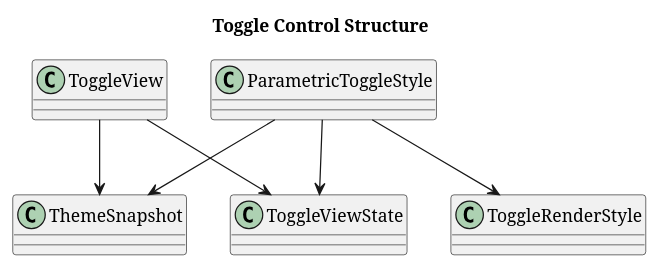
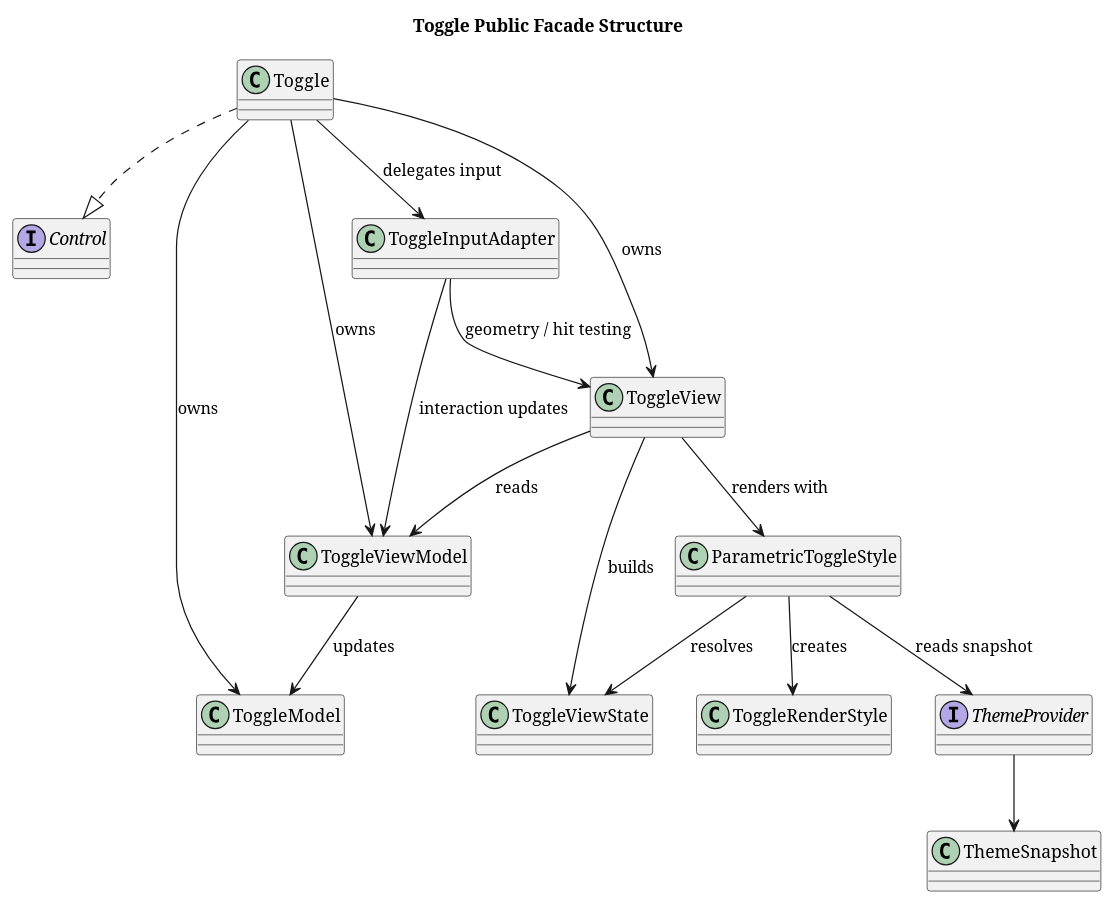
One commit to cdpoloz/cpz-mvvm-processing-controls changed the diagram in docs/uml/control_toggle.puml. Above: the diagram before and after it, drawn with PlantUML. The commit also changed 251 other files, not shown here.

```diff
--- a/docs/uml/control_toggle.puml
+++ b/docs/uml/control_toggle.puml
@@ -1,17 +1,33 @@
 @startuml
-title Toggle Control Structure
+title Toggle Public Facade Structure
 skinparam packageStyle rectangle
 skinparam shadowing false
 
+interface Control
+class Toggle
+class ToggleModel
+class ToggleViewModel
 class ToggleView
+class ToggleInputAdapter
 class ToggleViewState
 class ParametricToggleStyle
 class ToggleRenderStyle
+interface ThemeProvider
 class ThemeSnapshot
 
-ToggleView --> ToggleViewState
-ToggleView --> ThemeSnapshot
-ParametricToggleStyle --> ToggleViewState
-ParametricToggleStyle --> ThemeSnapshot
-ParametricToggleStyle --> ToggleRenderStyle
+Toggle ..|> Control
+Toggle --> ToggleModel : owns
+Toggle --> ToggleViewModel : owns
+Toggle --> ToggleView : owns
+Toggle --> ToggleInputAdapter : delegates input
+ToggleInputAdapter --> ToggleView : geometry / hit testing
+ToggleInputAdapter --> ToggleViewModel : interaction updates
+ToggleViewModel --> ToggleModel : updates
+ToggleView --> ToggleViewModel : reads
+ToggleView --> ToggleViewState : builds
+ToggleView --> ParametricToggleStyle : renders with
+ParametricToggleStyle --> ThemeProvider : reads snapshot
+ThemeProvider --> ThemeSnapshot
+ParametricToggleStyle --> ToggleViewState : resolves
+ParametricToggleStyle --> ToggleRenderStyle : creates
 @enduml
```
